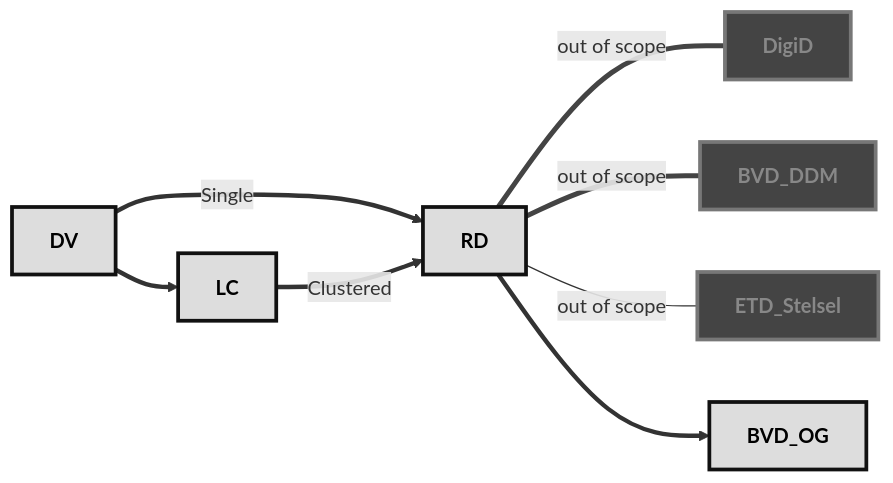
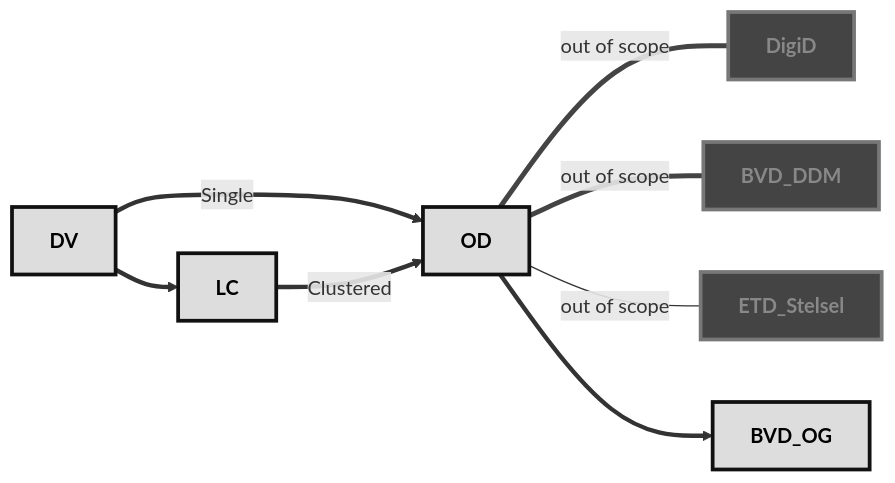
The diagram in media/stelsel-toegang-saml-1.mermaid (Logius-standaarden/st-saml-spec), drawn with Mermaid before and after one commit. The commit also changed 31 other files, not shown here.

Commit message:
Use OD terminology throughout specification and diagrams

```diff
--- a/media/stelsel-toegang-saml-1.mermaid
+++ b/media/stelsel-toegang-saml-1.mermaid
@@ -1,14 +1,14 @@
 flowchart LR
   classDef InScope color:black,font-weight:bold,fill:#ddd,stroke-width:3px,stroke:#111;
   classDef OutScope color:#888,font-weight:bold,fill:#444,stroke-width:3px,stroke:#777;
 
   DV:::InScope ==> LC:::InScope
-  DV:::InScope ==>|Single| RD:::InScope;
+  DV:::InScope ==>|Single| RD["OD"]:::InScope;
   LC:::InScope ==>|Clustered| RD:::InScope;
   RD ---|out of scope|DigiD:::OutScope;
   RD ---|out of scope|BVD_DDM:::OutScope;
   RD ---|out of scope|ETD_Stelsel:::OutScope;
   RD:::InScope ==> BVD_OG:::InScope;
 
   linkStyle 3 stroke:#444444,stroke-width:4px,anything;
   linkStyle 4 stroke:#444444,stroke-width:4px,anything;
```
